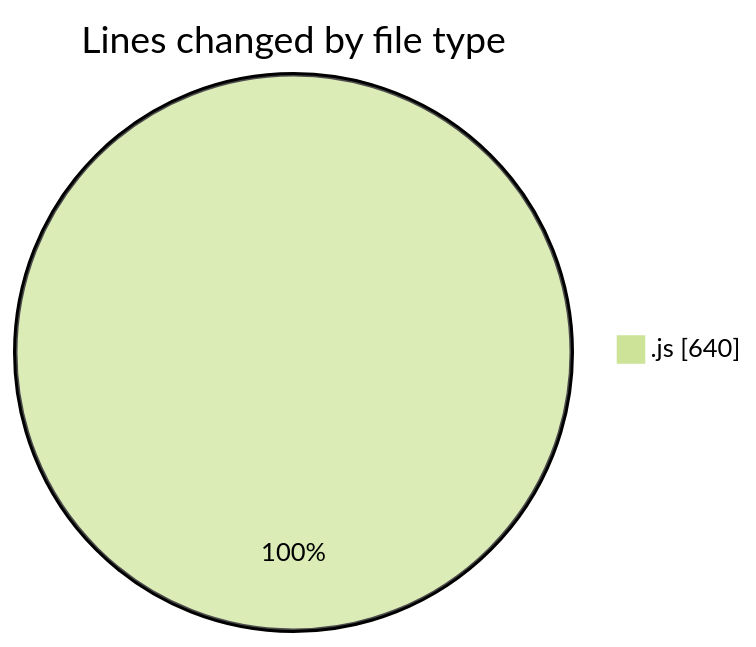
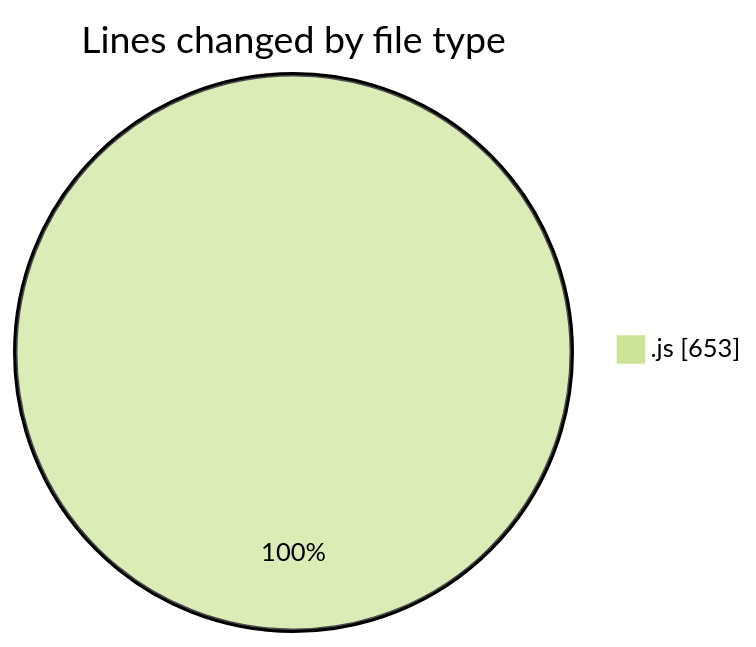
Before and after one commit to momahboobian/code-tracking: the first of 2 diagrams in 2025-02-04/cda/README.md, drawn with Mermaid (forest theme). The commit also changed other lines of this file and 1 other file, not shown here.

````diff
--- a/2025-02-04/cda/README.md
+++ b/2025-02-04/cda/README.md
@@ -22,5 +22,5 @@
 ```mermaid
 pie showData
 title Lines changed by file type
-".js" : 640
+".js" : 653
 ```
````
